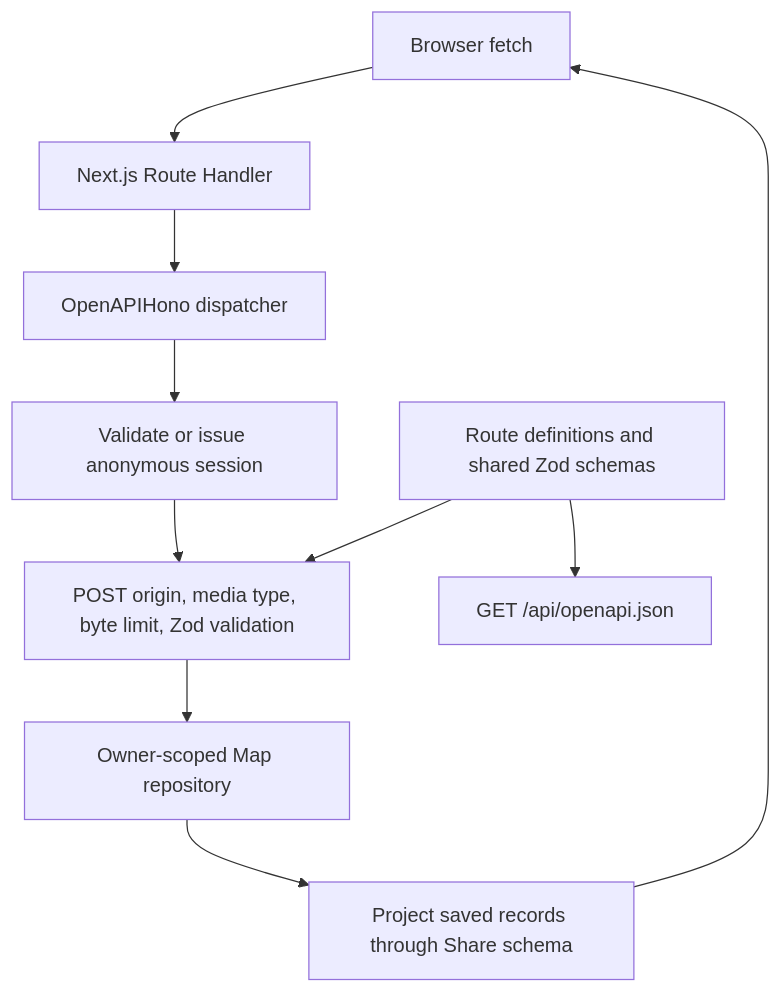
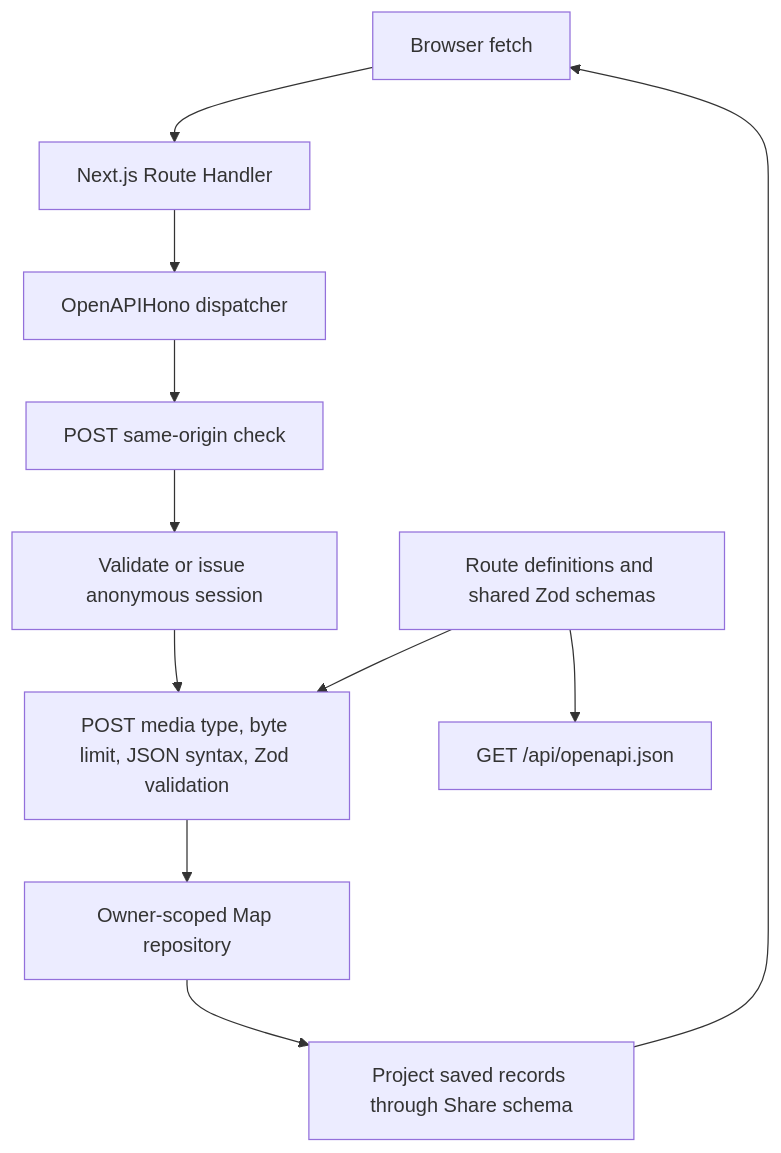
One commit to drewmalone/jft-app changed the diagram in docs/ARCHITECTURE.md. Above: the diagram before and after it, drawn with Mermaid. The commit also changed other lines of this file and 16 other files, not shown here.

Commit message:
fix: protect session initialization and cross-origin cookie handling

````diff
--- a/docs/ARCHITECTURE.md
+++ b/docs/ARCHITECTURE.md
@@ -26,12 +26,13 @@
 ```mermaid
 flowchart TD
   Browser[Browser fetch] --> Next[Next.js Route Handler]
   Next --> App[OpenAPIHono dispatcher]
-  App --> Session[Validate or issue anonymous session]
-  Session --> Input[POST origin, media type, byte limit, Zod validation]
+  App --> Origin[POST same-origin check]
+  Origin --> Session[Validate or issue anonymous session]
+  Session --> Input[POST media type, byte limit, JSON syntax, Zod validation]
   Input --> Repository[Owner-scoped Map repository]
   Repository --> Output[Project saved records through Share schema]
   Output --> Browser
   Contract[Route definitions and shared Zod schemas] --> Input
   Contract --> Document[GET /api/openapi.json]
 ```
````
